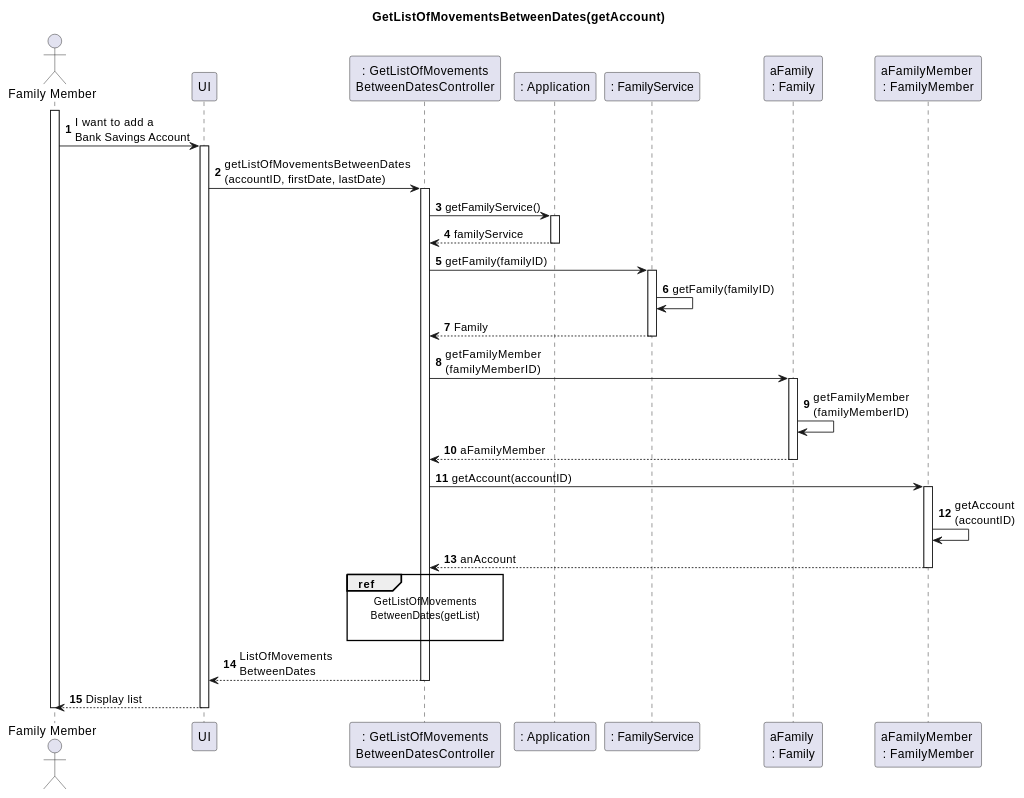
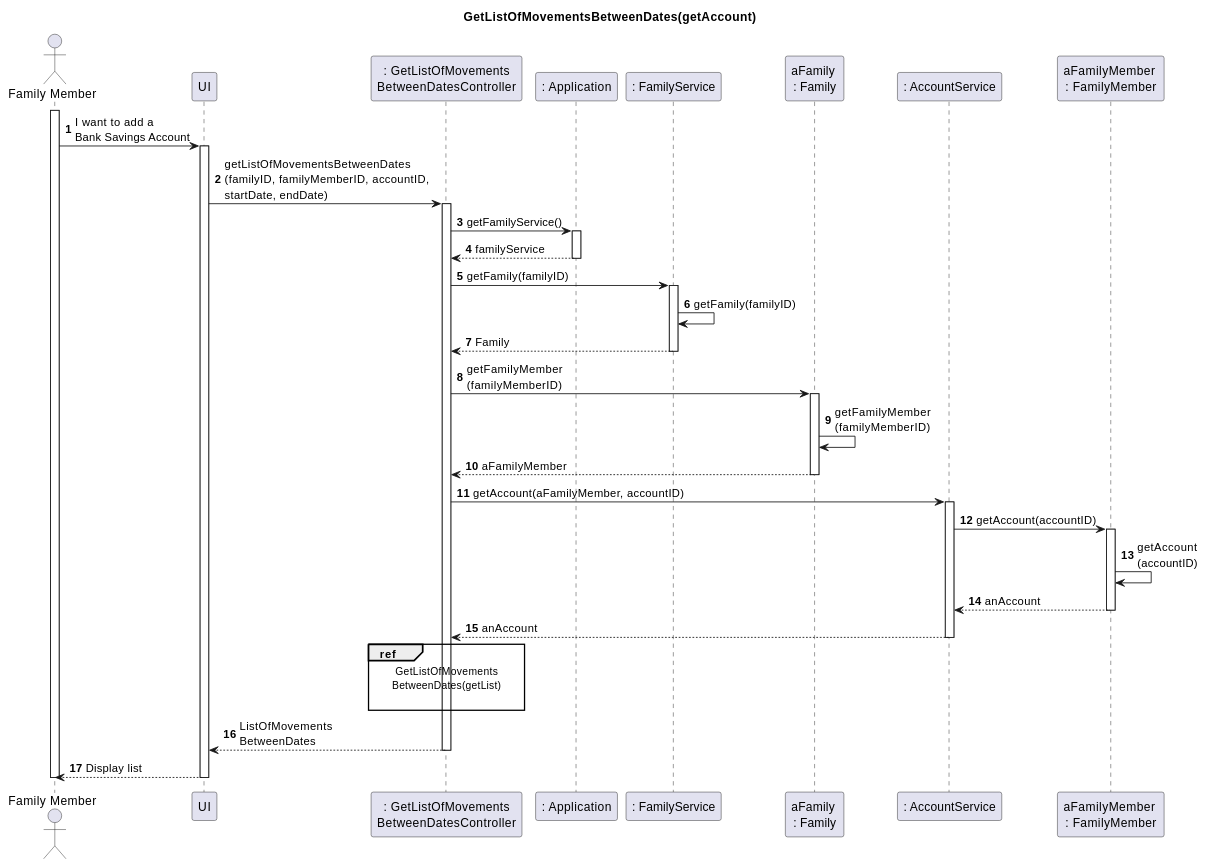
One commit to tomas-osswald/switch_2020_g3 changed the second of 4 diagrams in docs/sprint2/user_stories/US186_GetListOfMovementsBetweenDates.md. Above: the diagram before and after it, drawn with PlantUML. The commit also changed other lines of this file, not shown here.

`````diff
--- a/docs/sprint2/user_stories/US186_GetListOfMovementsBetweenDates.md
+++ b/docs/sprint2/user_stories/US186_GetListOfMovementsBetweenDates.md
@@ -86,53 +69,60 @@
 ````puml
 autonumber
 
 title GetListOfMovementsBetweenDates(getAccount)
 actor "Family Member" as FamilyMember
 participant "UI" as UI
 participant ": GetListOfMovements\nBetweenDatesController" as Controller
 participant ": Application" as App
 participant ": FamilyService" as FamilyService
 participant "aFamily \n: Family" as Family
+participant ": AccountService" as AccountService
 participant "aFamilyMember \n: FamilyMember" as aFamilyMember
 
 activate FamilyMember
 FamilyMember -> UI: I want to add a \nBank Savings Account
 activate UI
-UI -> Controller : getListOfMovementsBetweenDates\n(accountID, firstDate, lastDate)
+UI -> Controller : getListOfMovementsBetweenDates\n(familyID, familyMemberID, accountID, \nstartDate, endDate)
 activate Controller
 
 Controller -> App : getFamilyService()
 activate App
 App --> Controller : familyService
 deactivate App
 
 Controller -> FamilyService : getFamily(familyID)
 activate FamilyService
 FamilyService -> FamilyService : getFamily(familyID)
 FamilyService --> Controller : Family
 deactivate FamilyService
 
 Controller -> Family : getFamilyMember\n(familyMemberID)
 Activate Family
 Family -> Family : getFamilyMember\n(familyMemberID)
 Family --> Controller : aFamilyMember
 Deactivate Family
 
-Controller -> aFamilyMember : getAccount(accountID)
+Controller -> AccountService : getAccount(aFamilyMember, accountID)
+activate AccountService
+
+AccountService -> aFamilyMember : getAccount(accountID)
 activate aFamilyMember
 aFamilyMember -> aFamilyMember : getAccount\n(accountID)
-aFamilyMember --> Controller : anAccount
+aFamilyMember --> AccountService : anAccount
 deactivate aFamilyMember
+
+AccountService --> Controller : anAccount
+deactivate AccountService
 
 ref over Controller
 GetListOfMovements
 BetweenDates(getList)
 
 end ref
 
 Controller --> UI : ListOfMovements\nBetweenDates
 deactivate Controller
 UI --> FamilyMember : Display list
 deactivate UI
 deactivate FamilyMember
 ````
`````
